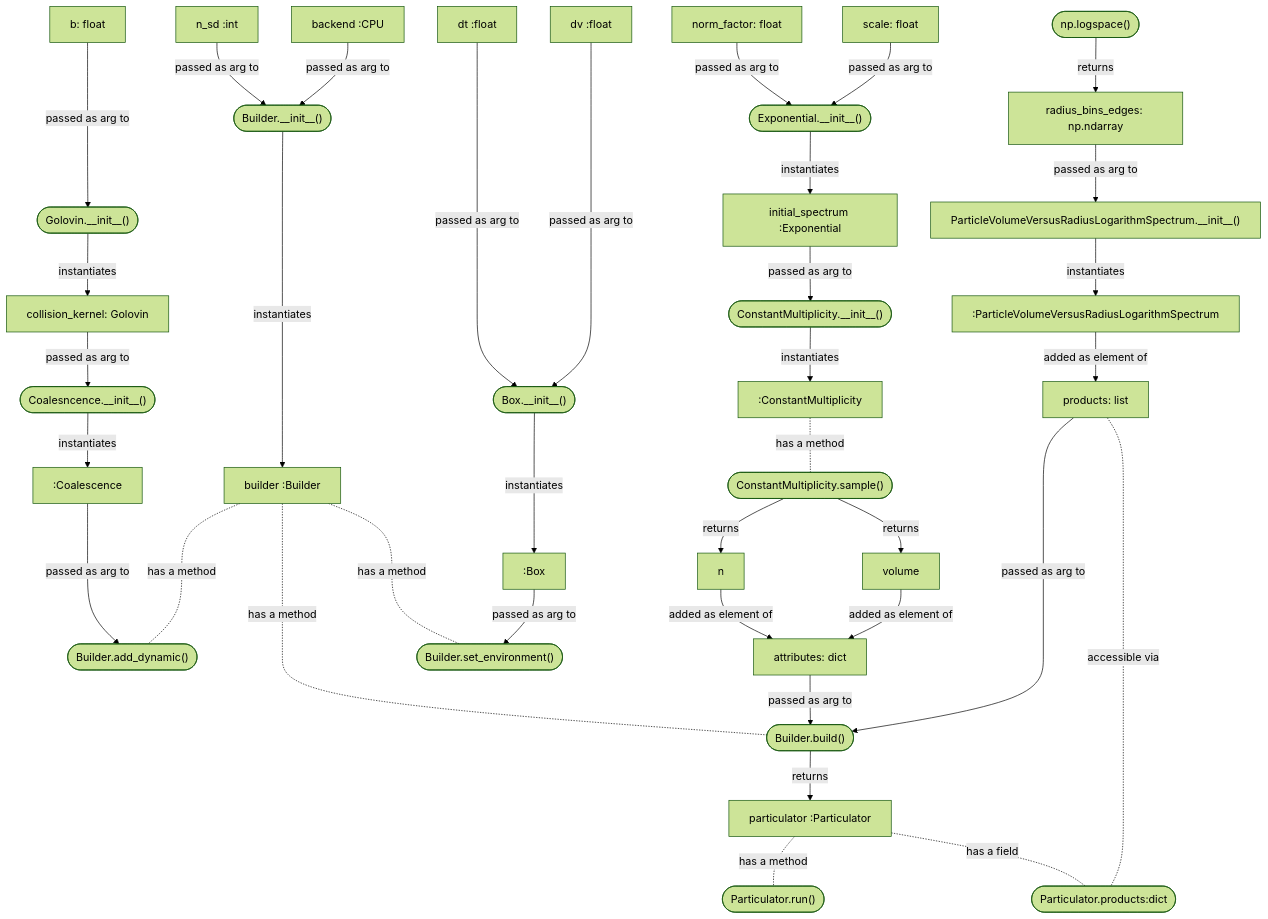
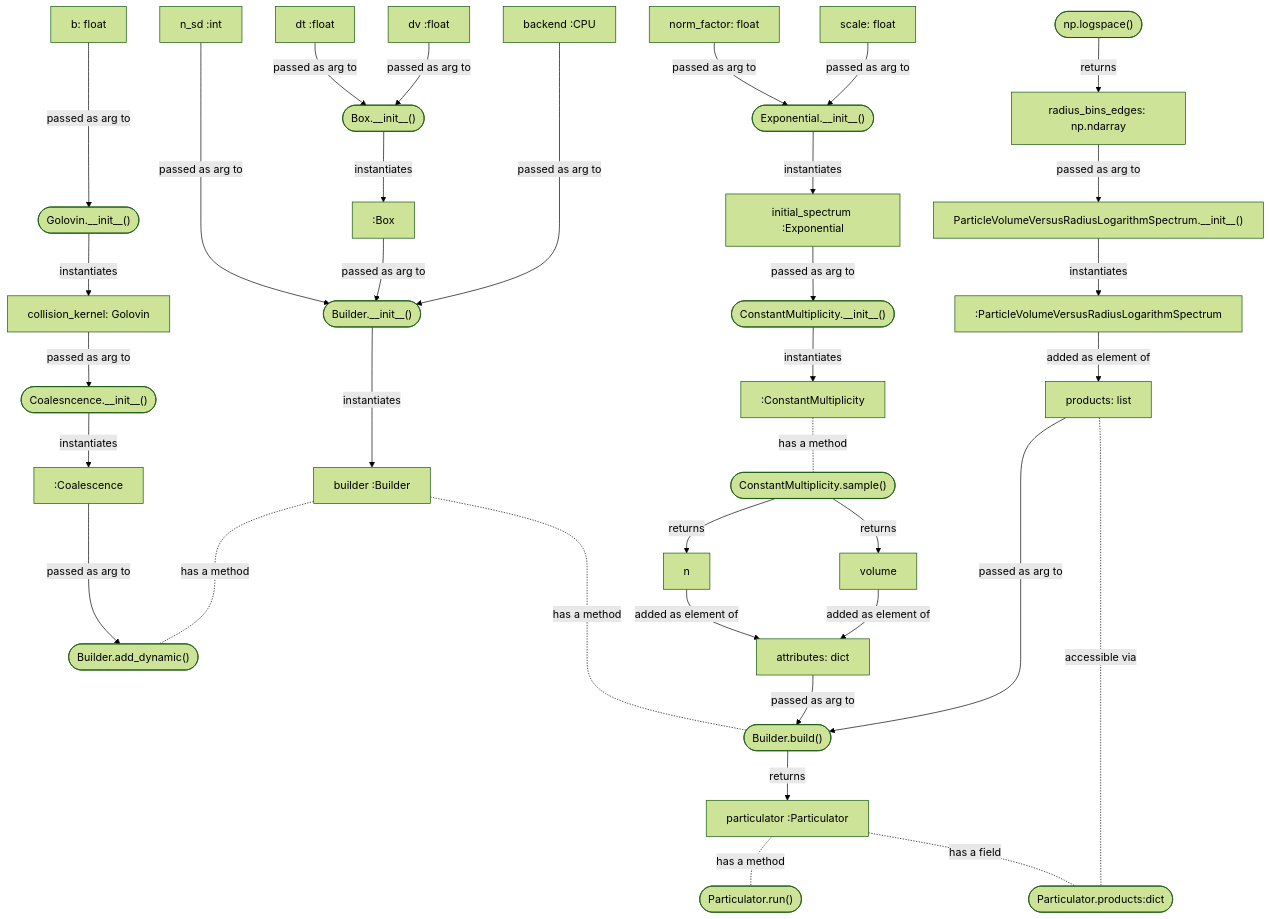
Before and after one commit to open-atmos/PySDM: the second of 2 diagrams in README.md, drawn with Mermaid (forest theme). The commit also changed other lines of this file and 48 other files, not shown here.

Commit message:
Pass environment to Builder constructor (#1178)

````diff
--- a/README.md
+++ b/README.md
@@ -385,59 +385,57 @@
 ```mermaid
  graph
     COAL[":Coalescence"] --->|passed as arg to| BUILDER_ADD_DYN(["Builder.add_dynamic()"])
     BUILDER_INSTANCE["builder :Builder"] -...-|has a method| BUILDER_BUILD(["Builder.build()"])
     ATTRIBUTES[attributes: dict] -->|passed as arg to| BUILDER_BUILD
-    N_SD["n_sd :int"] -->|passed as arg to| BUILDER_INIT
-    BUILDER_INSTANCE -..-|has a method| BUILDER_SET_ENV(["Builder.set_environment()"])
-    BUILDER_INIT(["Builder.__init__()"]) ----->|instantiates| BUILDER_INSTANCE
+    N_SD["n_sd :int"] ---->|passed as arg to| BUILDER_INIT
+    BUILDER_INIT(["Builder.__init__()"]) --->|instantiates| BUILDER_INSTANCE
     BUILDER_INSTANCE -..-|has a method| BUILDER_ADD_DYN(["Builder.add_dynamic()"])
-    ENV_INIT(["Box.__init__()"]) --->|instantiates| ENV
-    DT[dt :float] ----->|passed as arg to| ENV_INIT
-    DV[dv :float] ----->|passed as arg to| ENV_INIT
-    ENV[":Box"] -->|passed as arg to| BUILDER_SET_ENV
+    ENV_INIT(["Box.__init__()"]) -->|instantiates| ENV
+    DT[dt :float] -->|passed as arg to| ENV_INIT
+    DV[dv :float] -->|passed as arg to| ENV_INIT
+    ENV[":Box"] -->|passed as arg to| BUILDER_INIT
     B["b: float"] --->|passed as arg to| KERNEL_INIT(["Golovin.__init__()"])
     KERNEL_INIT -->|instantiates| KERNEL
     KERNEL[collision_kernel: Golovin] -->|passed as arg to| COAL_INIT(["Coalesncence.__init__()"])
     COAL_INIT -->|instantiates| COAL
     PRODUCTS[products: list] ----->|passed as arg to| BUILDER_BUILD
     NORM_FACTOR[norm_factor: float]-->|passed as arg to| EXP_INIT
     SCALE[scale: float]-->|passed as arg to| EXP_INIT
     EXP_INIT(["Exponential.__init__()"]) -->|instantiates| IS
     IS["initial_spectrum :Exponential"] -->|passed as arg to| CM_INIT
     CM_INIT(["ConstantMultiplicity.__init__()"]) -->|instantiates| CM_INSTANCE
     CM_INSTANCE[":ConstantMultiplicity"] -.-|has a method| SAMPLE
     SAMPLE(["ConstantMultiplicity.sample()"]) -->|returns| n
     SAMPLE -->|returns| volume
     n -->|added as element of| ATTRIBUTES
     PARTICULATOR_INSTANCE -.-|has a method| PARTICULATOR_RUN(["Particulator.run()"])
     volume -->|added as element of| ATTRIBUTES
     BUILDER_BUILD -->|returns| PARTICULATOR_INSTANCE["particulator :Particulator"]
     PARTICULATOR_INSTANCE -.-|has a field| PARTICULATOR_PROD(["Particulator.products:dict"])
-    BACKEND_INSTANCE["backend :CPU"] -->|passed as arg to| BUILDER_INIT
+    BACKEND_INSTANCE["backend :CPU"] ---->|passed as arg to| BUILDER_INIT
     PRODUCTS -.-|accessible via| PARTICULATOR_PROD
     NP_LOGSPACE(["np.logspace()"]) -->|returns| EDGES 
     EDGES[radius_bins_edges: np.ndarray] -->|passed as arg to| SPECTRUM_INIT
     SPECTRUM_INIT["ParticleVolumeVersusRadiusLogarithmSpectrum.__init__()"] -->|instantiates| SPECTRUM
     SPECTRUM[":ParticleVolumeVersusRadiusLogarithmSpectrum"] -->|added as element of| PRODUCTS
 
     click COAL "https://open-atmos.github.io/PySDM/PySDM/dynamics/collisions/collision.html"
     click BUILDER_INSTANCE "https://open-atmos.github.io/PySDM/PySDM/builder.html"
     click BUILDER_INIT "https://open-atmos.github.io/PySDM/PySDM/builder.html"
     click BUILDER_ADD_DYN "https://open-atmos.github.io/PySDM/PySDM/builder.html"
-    click BUILDER_SET_ENV "https://open-atmos.github.io/PySDM/PySDM/builder.html"
     click ENV_INIT "https://open-atmos.github.io/PySDM/PySDM/environments/index.html"
     click ENV "https://open-atmos.github.io/PySDM/PySDM/environments/index.html"
     click KERNEL_INIT "https://open-atmos.github.io/PySDM/PySDM/dynamics/collisions/collision_kernels/index.html"
     click KERNEL "https://open-atmos.github.io/PySDM/PySDM/dynamics/collisions/collision_kernels/index.html"
     click EXP_INIT "https://open-atmos.github.io/PySDM/PySDM/initialisation/spectra/index.html"
     click IS "https://open-atmos.github.io/PySDM/PySDM/initialisation/spectra/index.html"
     click CM_INIT "https://open-atmos.github.io/PySDM/PySDM/initialisation/sampling/spectral_sampling.html"
     click CM_INSTANCE "https://open-atmos.github.io/PySDM/PySDM/initialisation/sampling/spectral_sampling.html"
     click SAMPLE "https://open-atmos.github.io/PySDM/PySDM/initialisation/sampling/spectral_sampling.html"
     click PARTICULATOR_INSTANCE "https://open-atmos.github.io/PySDM/PySDM/particulator.html"
     click BACKEND_INSTANCE "https://open-atmos.github.io/PySDM/PySDM/backends/numba.html"
     click BUILDER_BUILD "https://open-atmos.github.io/PySDM/PySDM/builder.html"
     click NP_LOGSPACE "https://numpy.org/doc/stable/reference/generated/numpy.logspace.html"
     click SPECTRUM_INIT "https://open-atmos.github.io/PySDM/PySDM/products/size_spectral/particle_volume_versus_radius_logarithm_spectrum.html"
     click SPECTRUM "https://open-atmos.github.io/PySDM/PySDM/products/size_spectral/particle_volume_versus_radius_logarithm_spectrum.html"
 ```
````
